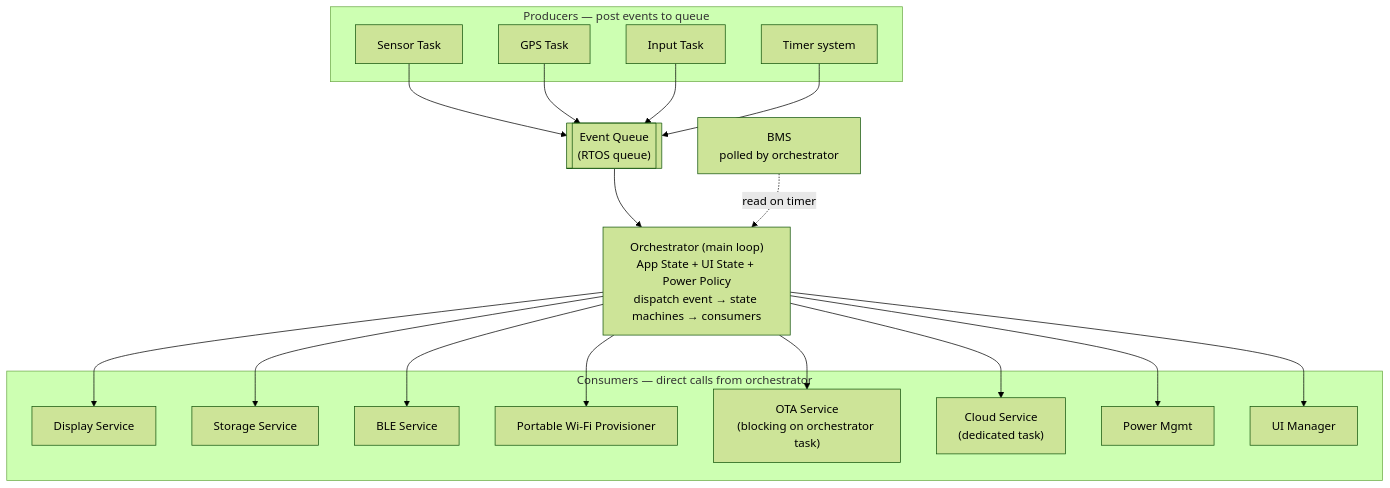
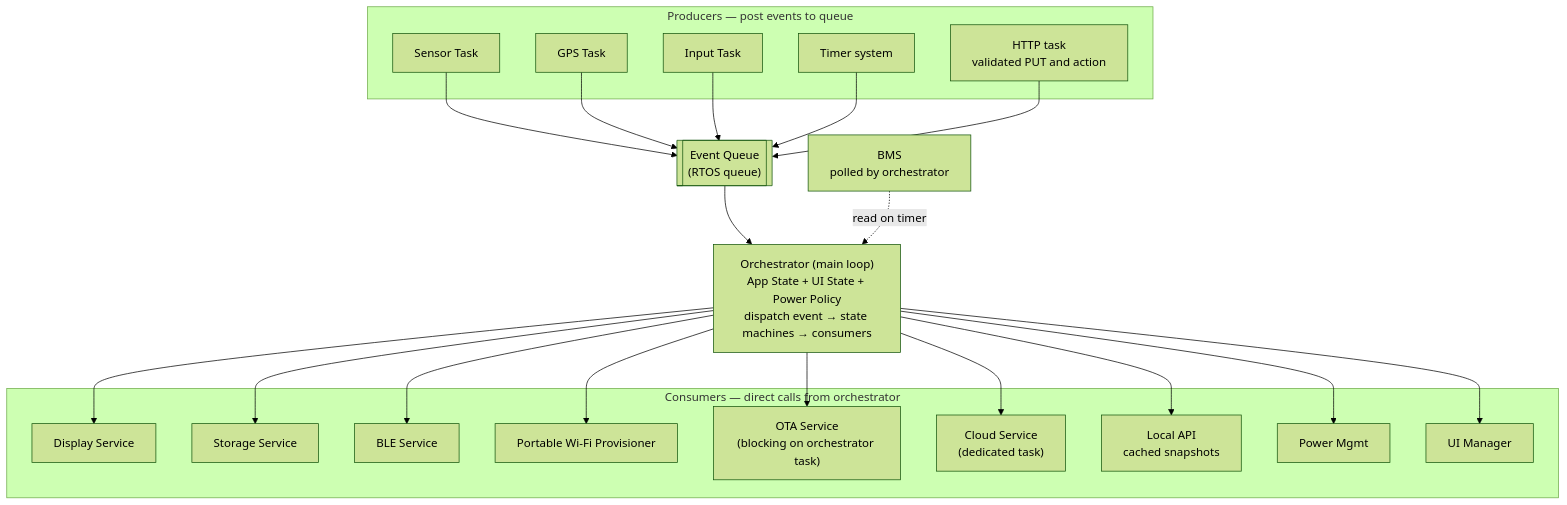
One commit to mattMRBH/firmware-core changed the second of 5 diagrams in products/go/ARCHITECTURE.md. Above: the diagram before and after it, drawn with Mermaid (forest theme). The commit also changed other lines of this file and 15 other files, not shown here.

````diff
--- a/products/go/ARCHITECTURE.md
+++ b/products/go/ARCHITECTURE.md
@@ -101,41 +108,45 @@
 ```mermaid
 flowchart TD
     subgraph Producers ["Producers — post events to queue"]
         Sensor["Sensor Task"]
         GPS["GPS Task"]
         Input["Input Task"]
         Timer["Timer system"]
+        LocalHttp["HTTP task<br/>validated PUT and action"]
     end
 
     Queue[["Event Queue<br/>(RTOS queue)"]]
 
     Orch["Orchestrator (main loop)<br/>App State + UI State + Power Policy<br/>dispatch event → state machines → consumers"]
 
     BMS["BMS<br/>polled by orchestrator"]
 
     subgraph Consumers ["Consumers — direct calls from orchestrator"]
         Display["Display Service"]
         Storage["Storage Service"]
         BLE["BLE Service"]
         PortableProv["Portable Wi-Fi Provisioner"]
         Ota["OTA Service<br/>(blocking on orchestrator task)"]
         Cloud["Cloud Service<br/>(dedicated task)"]
+        LocalApi["Local API<br/>cached snapshots"]
         PowerMgmt["Power Mgmt"]
         UI["UI Manager"]
     end
 
     Sensor --> Queue
     GPS --> Queue
     Input --> Queue
     Timer --> Queue
+    LocalHttp --> Queue
     Queue --> Orch
     BMS -.->|read on timer| Orch
     Orch --> Display
     Orch --> Storage
     Orch --> BLE
     Orch --> PortableProv
     Orch --> Ota
     Orch --> Cloud
+    Orch --> LocalApi
     Orch --> PowerMgmt
     Orch --> UI
 ```
````
